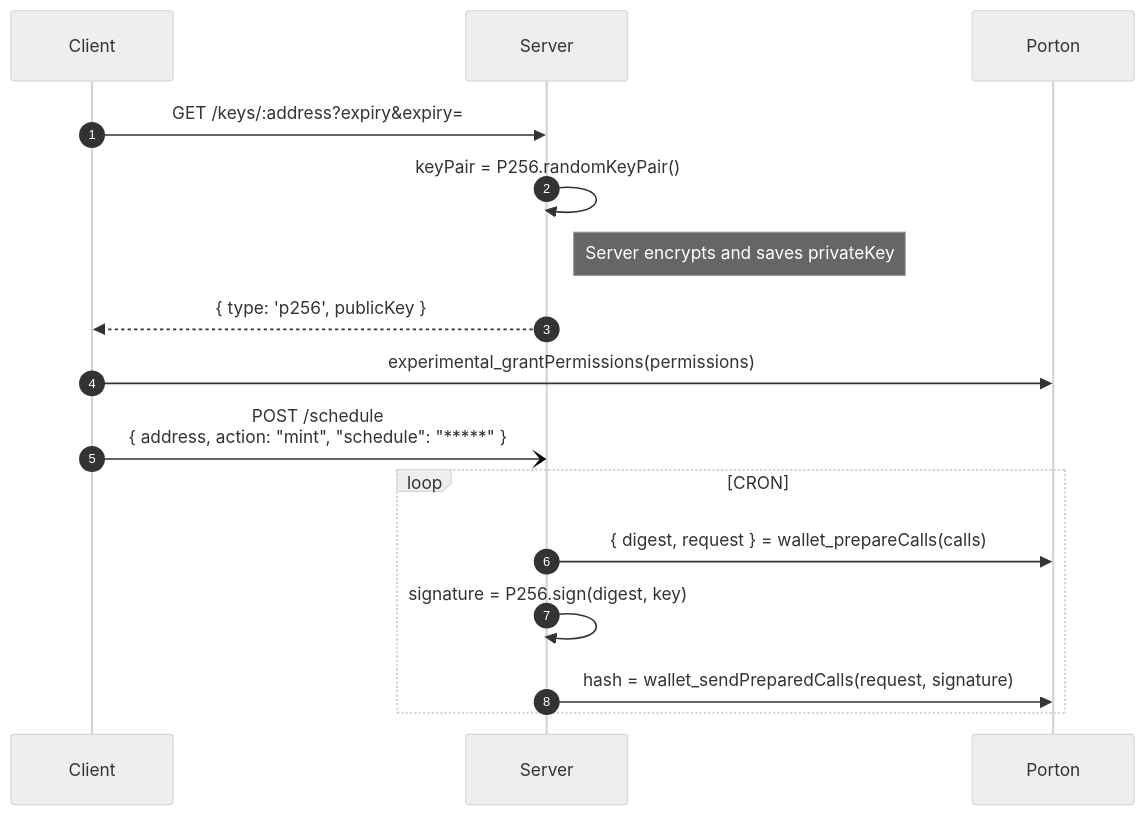
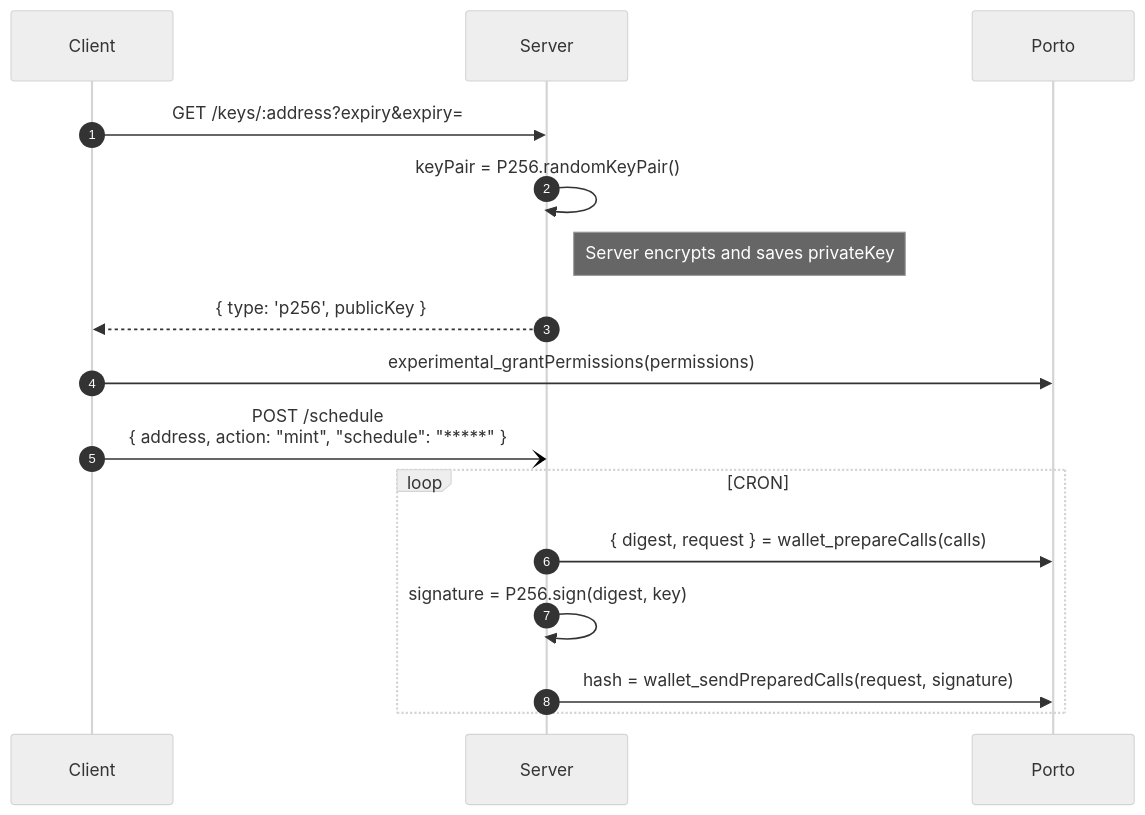
The diagram in README.md (ithacaxyz/exp-0003), drawn with Mermaid (neutral theme) before and after one commit.

Commit message:
fix: typo (#5)

````diff
--- a/README.md
+++ b/README.md
@@ -12,19 +12,19 @@
   ```mermaid  
   sequenceDiagram
     autonumber
     participant C as Client
     participant S as Server
-    participant P as Porton
+    participant P as Porto
   
     C ->> S: GET /keys/:address?expiry&expiry=
     S ->> S: keyPair = P256.randomKeyPair()
     note right of S: Server encrypts and saves privateKey
     S -->> C: { type: 'p256', publicKey }
     C ->> P: experimental_grantPermissions(permissions)
     C -) S: POST /schedule <br/> { address, action: "mint", "schedule": "*****" }
     loop CRON
         S ->> P: { digest, request } = wallet_prepareCalls(calls)
         S ->> S: signature = P256.sign(digest, key)
         S ->> P: hash = wallet_sendPreparedCalls(request, signature)
     end
   ```
````
